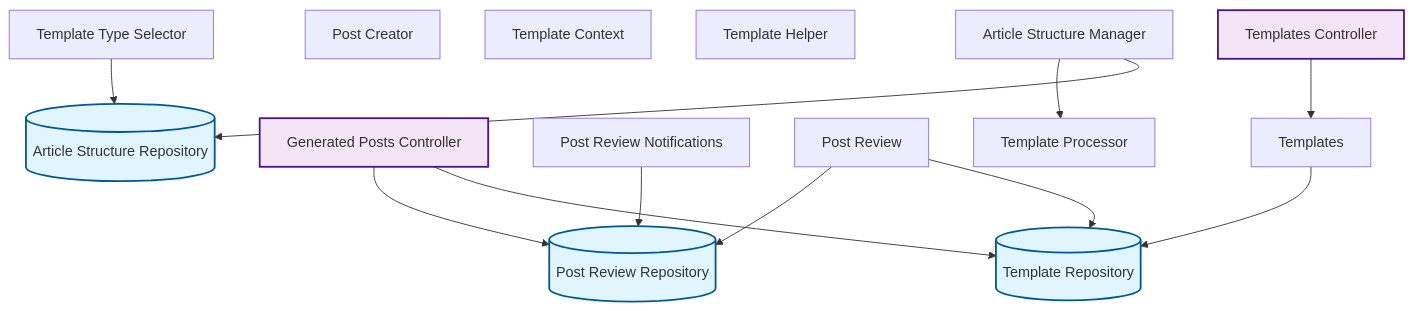
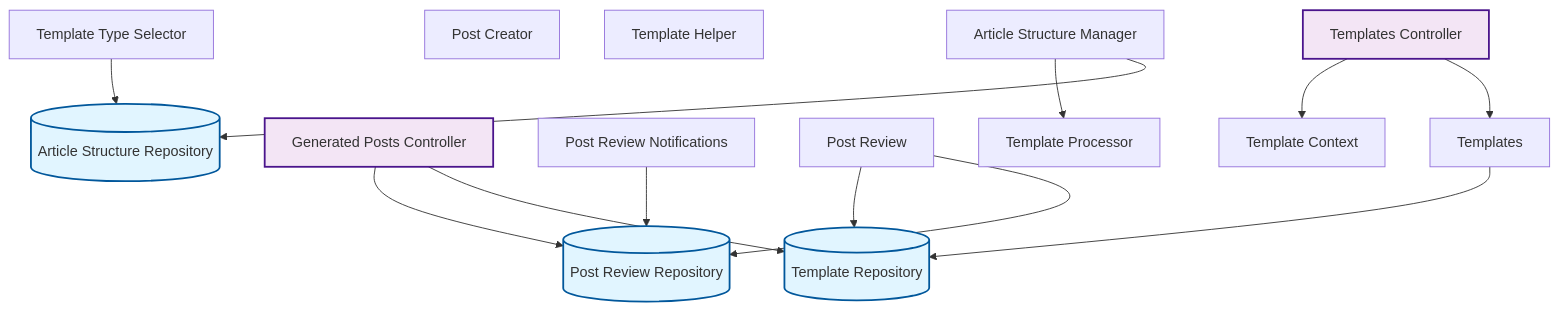
One commit to rpnunez/wp-ai-scheduler changed the fourth of 10 diagrams in docs/feature-report.md. Above: the diagram before and after it, drawn with Mermaid. The commit also changed other lines of this file and 3 other files, not shown here.

````diff
--- a/docs/feature-report.md
+++ b/docs/feature-report.md
@@ -178,36 +178,37 @@
 ```mermaid
 flowchart TD
     %% Content Management Architecture
 
     Article_Structure_Manager["Article Structure Manager"]
     Article_Structure_Repository[("Article Structure Repository")]
     Generated_Posts_Controller["Generated Posts Controller"]
     Post_Creator["Post Creator"]
     Post_Review_Notifications["Post Review Notifications"]
     Post_Review_Repository[("Post Review Repository")]
     Post_Review["Post Review"]
     Template_Context["Template Context"]
     Template_Helper["Template Helper"]
     Template_Processor["Template Processor"]
     Template_Repository[("Template Repository")]
     Template_Type_Selector["Template Type Selector"]
     Templates_Controller["Templates Controller"]
     Templates["Templates"]
 
     Article_Structure_Manager --> Template_Processor
     Article_Structure_Manager --> Article_Structure_Repository
     Generated_Posts_Controller --> Post_Review_Repository
     Generated_Posts_Controller --> Template_Repository
     Post_Review_Notifications --> Post_Review_Repository
+    Post_Review --> Template_Repository
     Post_Review --> Post_Review_Repository
-    Post_Review --> Template_Repository
     Template_Type_Selector --> Article_Structure_Repository
+    Templates_Controller --> Template_Context
     Templates_Controller --> Templates
     Templates --> Template_Repository
 
     classDef repository fill:#e1f5ff,stroke:#01579b,stroke-width:2px
     classDef service fill:#fff3e0,stroke:#e65100,stroke-width:2px
     classDef controller fill:#f3e5f5,stroke:#4a148c,stroke-width:2px
     class Article_Structure_Repository,Post_Review_Repository,Template_Repository repository
     class Generated_Posts_Controller,Templates_Controller controller
 ```
````
